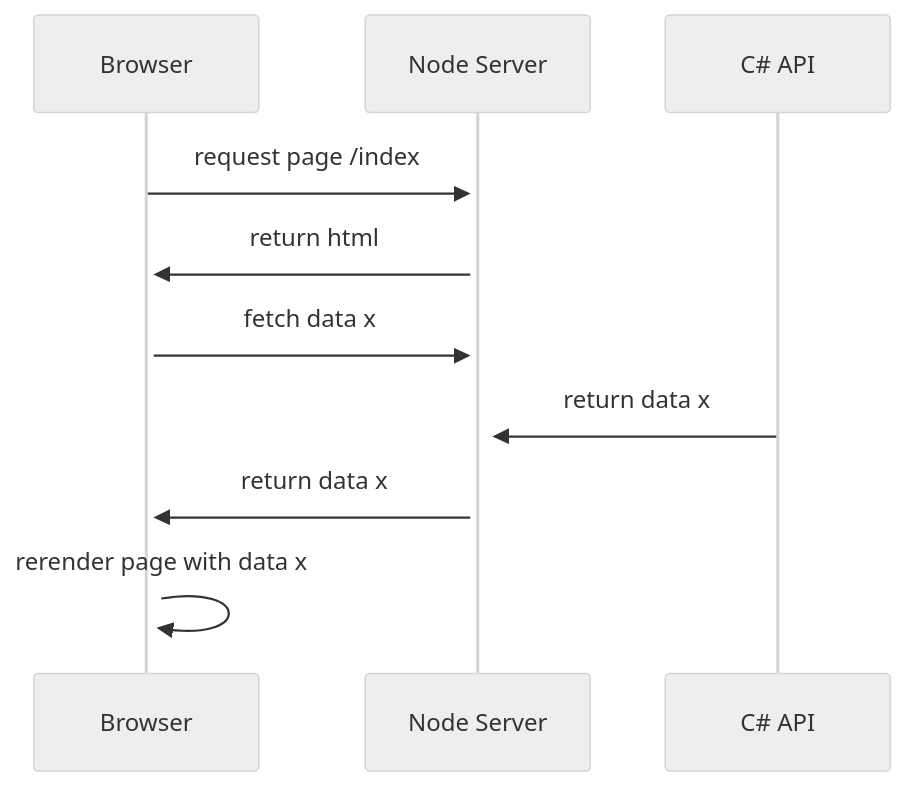
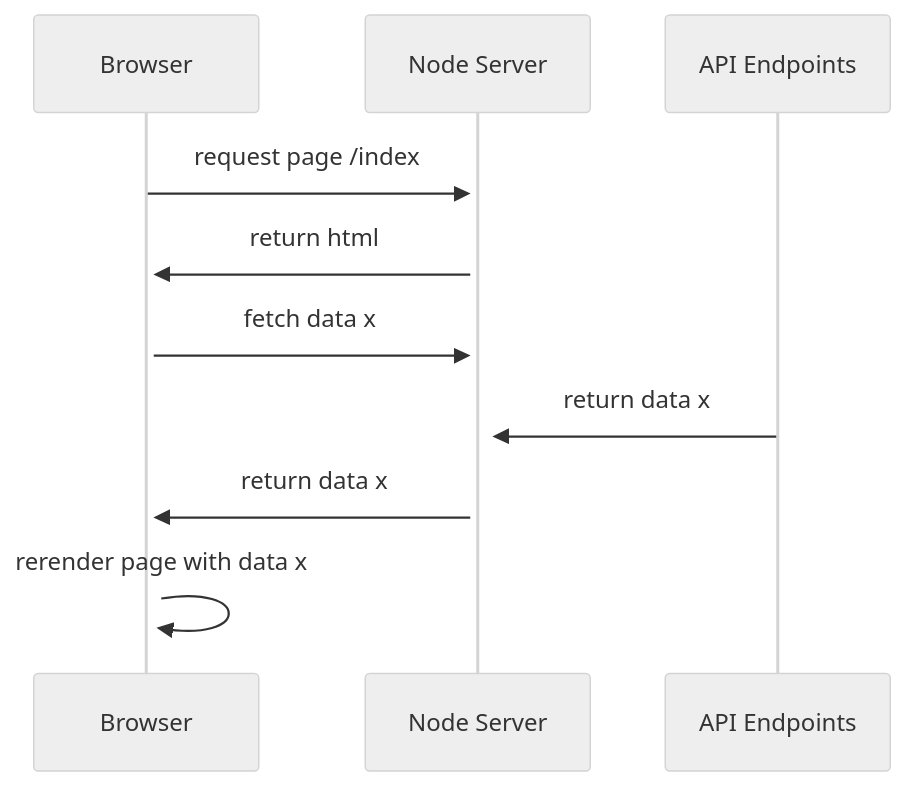
Before and after one commit to neolution-ch/neolution-pedalo: the first of 2 diagrams in README.md, drawn with Mermaid (neutral theme). The commit also changed other lines of this file and 21 other files, not shown here.

````diff
--- a/README.md
+++ b/README.md
@@ -26,9 +78,9 @@
 ```mermaid
 sequenceDiagram
     Browser->>+Node Server: request page /index
     Node Server->>+Browser: return html
     Browser->>+Node Server: fetch data x
-    C# API->>+Node Server: return data x
+    API Endpoints->>+Node Server: return data x
     Node Server->>+Browser: return data x
     Browser->>+Browser: rerender page with data x
 ```
````
